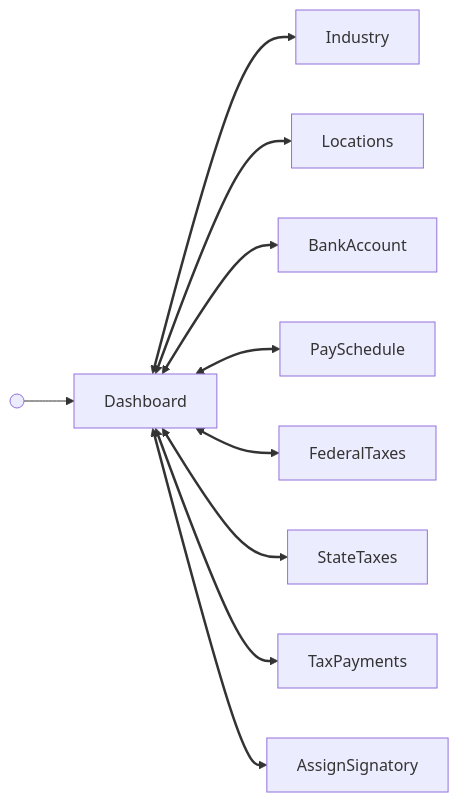
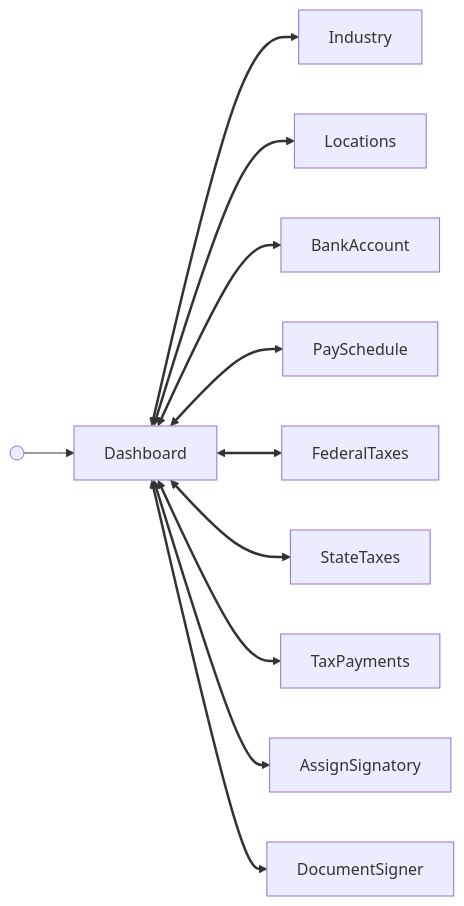
The diagram in src/components/Company/Dashboard/GUIDE.md (Gusto/embedded-react-sdk), drawn with Mermaid before and after one commit. The commit also changed other lines of this file and 18 other files, not shown here.

First line of the commit message:
feat(SDK-1431): add company forms card and the DocumentSigner spoke

````diff
--- a/src/components/Company/Dashboard/GUIDE.md
+++ b/src/components/Company/Dashboard/GUIDE.md
@@ -28,13 +32,14 @@
 ```mermaid
 flowchart LR
   start@{ shape: sm-circ } --> Dashboard
   Dashboard <--> Industry
   Dashboard <--> Locations
   Dashboard <--> BankAccount
   Dashboard <--> PaySchedule
   Dashboard <--> FederalTaxes
   Dashboard <--> StateTaxes
   Dashboard <--> TaxPayments
   Dashboard <--> AssignSignatory
-  linkStyle 1,2,3,4,5,6,7,8 stroke-width:2.5px
+  Dashboard <--> DocumentSigner
+  linkStyle 1,2,3,4,5,6,7,8,9 stroke-width:2.5px
 ```
````
